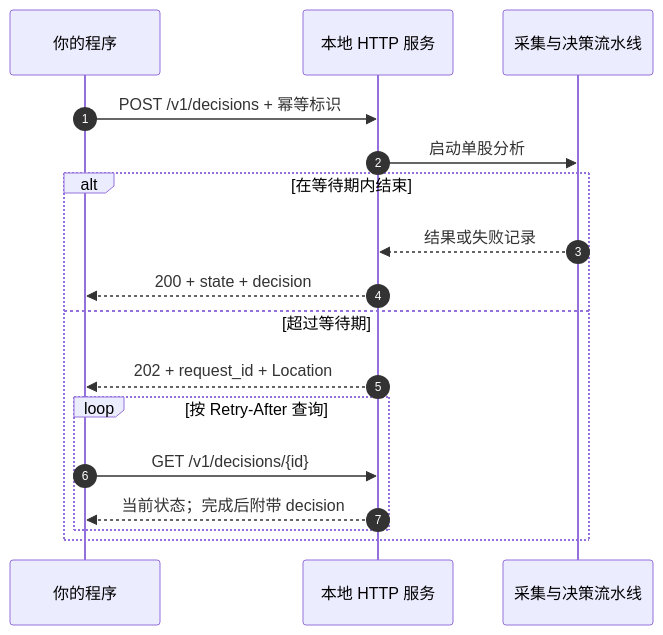
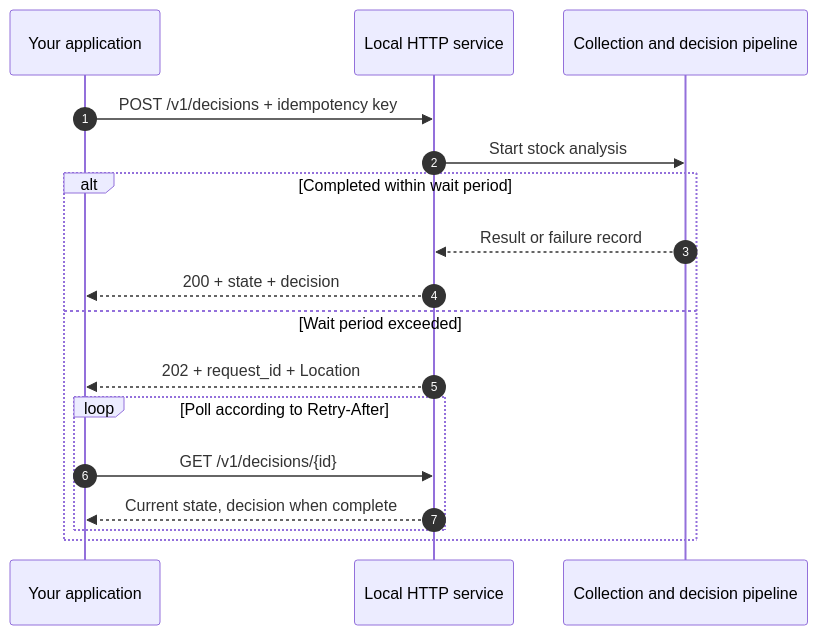
One commit to EthanAlgoX/jev-trading changed the first of 2 diagrams in README.md. Above: the diagram before and after it, drawn with Mermaid. The commit also changed other lines of this file and 8 other files, not shown here.

````diff
--- a/README.md
+++ b/README.md
@@ -301,19 +296,19 @@
 ```mermaid
 sequenceDiagram
     autonumber
-    participant C as 你的程序
-    participant S as 本地 HTTP 服务
-    participant W as 采集与决策流水线
-    C->>S: POST /v1/decisions + 幂等标识
-    S->>W: 启动单股分析
-    alt 在等待期内结束
-        W-->>S: 结果或失败记录
+    participant C as Your application
+    participant S as Local HTTP service
+    participant W as Collection and decision pipeline
+    C->>S: POST /v1/decisions + idempotency key
+    S->>W: Start stock analysis
+    alt Completed within wait period
+        W-->>S: Result or failure record
         S-->>C: 200 + state + decision
-    else 超过等待期
+    else Wait period exceeded
         S-->>C: 202 + request_id + Location
-        loop 按 Retry-After 查询
+        loop Poll according to Retry-After
             C->>S: GET /v1/decisions/{id}
-            S-->>C: 当前状态；完成后附带 decision
+            S-->>C: Current state, decision when complete
         end
     end
 ```
````
